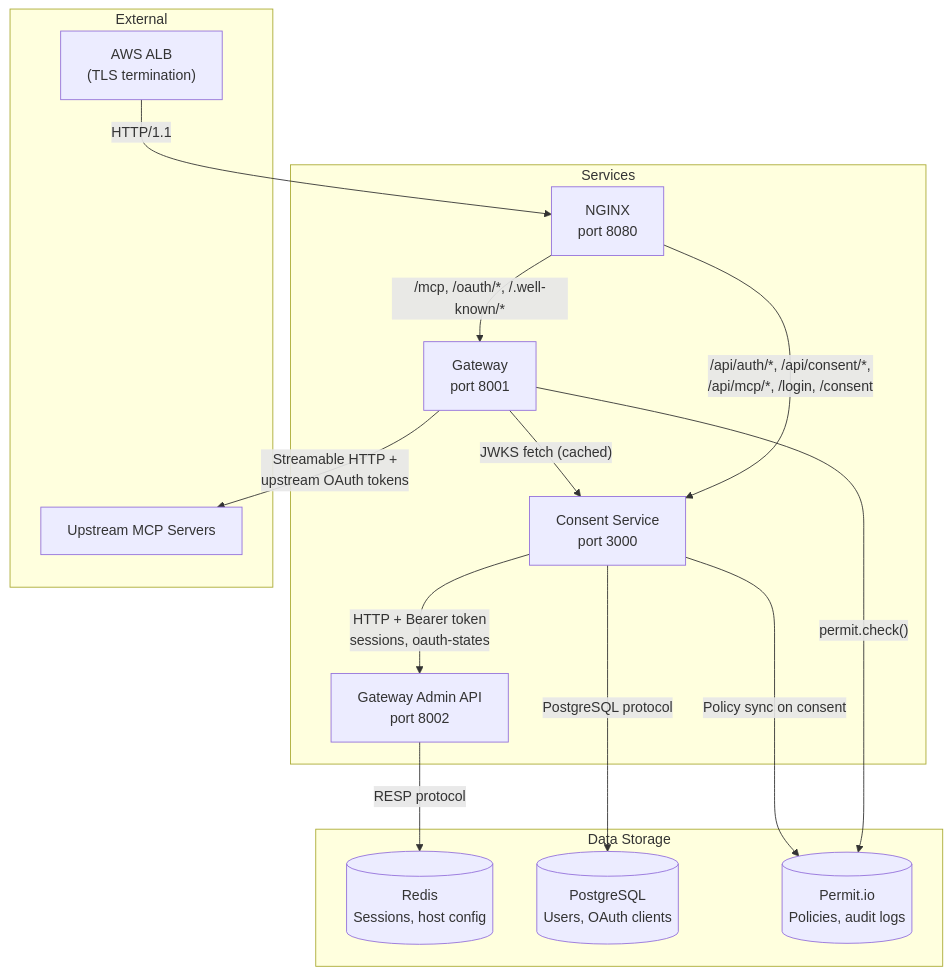
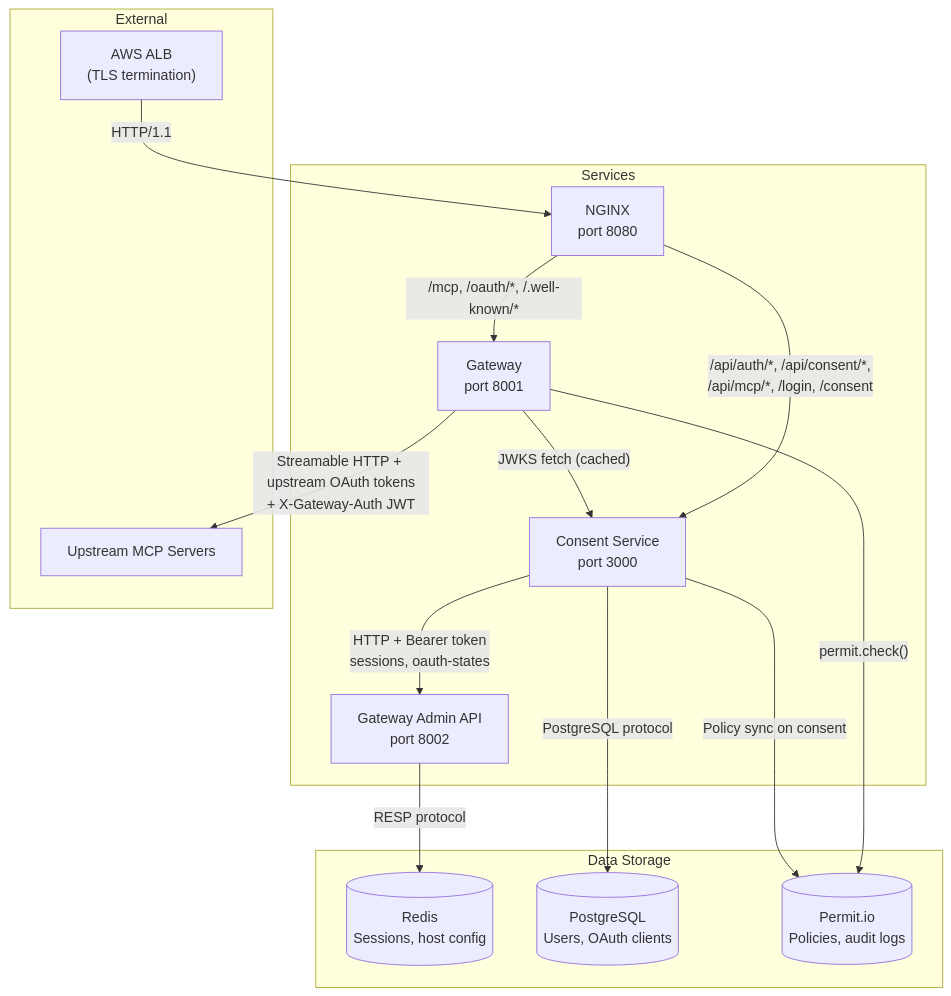
The third of 9 diagrams in docs/permit-mcp-gateway/architecture.mdx (permitio/docs), drawn with Mermaid before and after one commit. The commit also changed other lines of this file, not shown here.

First line of the commit message:
Document gateway JWT for upstream MCP server authentication (#623)

````diff
--- a/docs/permit-mcp-gateway/architecture.mdx
+++ b/docs/permit-mcp-gateway/architecture.mdx
@@ -143,31 +144,31 @@
 ```mermaid
 flowchart TD
   subgraph Storage["Data Storage"]
     REDIS[("Redis<br/>Sessions, host config")]
     PG[("PostgreSQL<br/>Users, OAuth clients")]
     PERMIT[("Permit.io<br/>Policies, audit logs")]
   end
 
   subgraph Services["Services"]
     GW["Gateway<br/>port 8001"]
     GWAdmin["Gateway Admin API<br/>port 8002"]
     CS["Consent Service<br/>port 3000"]
     NGINX["NGINX<br/>port 8080"]
   end
 
   subgraph External["External"]
     ALB["AWS ALB<br/>(TLS termination)"]
     MCP["Upstream MCP Servers"]
   end
 
   ALB -->|"HTTP/1.1"| NGINX
   NGINX -->|"/mcp, /oauth/*, /.well-known/*"| GW
   NGINX -->|"/api/auth/*, /api/consent/*,<br/>/api/mcp/*, /login, /consent"| CS
   CS -->|"HTTP + Bearer token<br/>sessions, oauth-states"| GWAdmin
   GWAdmin -->|"RESP protocol"| REDIS
   CS -->|"PostgreSQL protocol"| PG
   GW -->|"JWKS fetch (cached)"| CS
   GW -->|"permit.check()"| PERMIT
   CS -->|"Policy sync on consent"| PERMIT
-  GW -->|"Streamable HTTP +<br/>upstream OAuth tokens"| MCP
+  GW -->|"Streamable HTTP + upstream OAuth tokens<br/>+ X-Gateway-Auth JWT"| MCP
 ```
````
